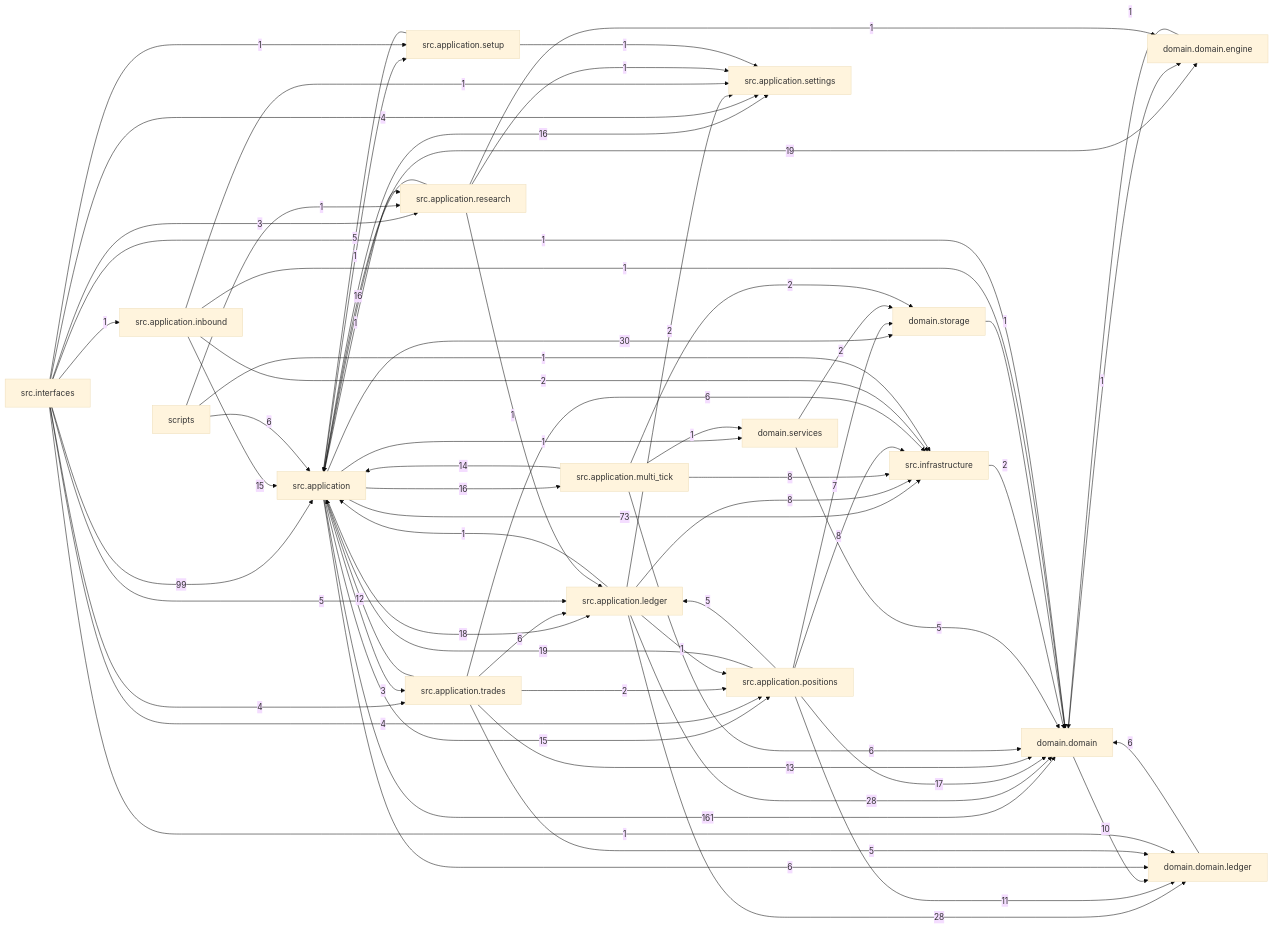
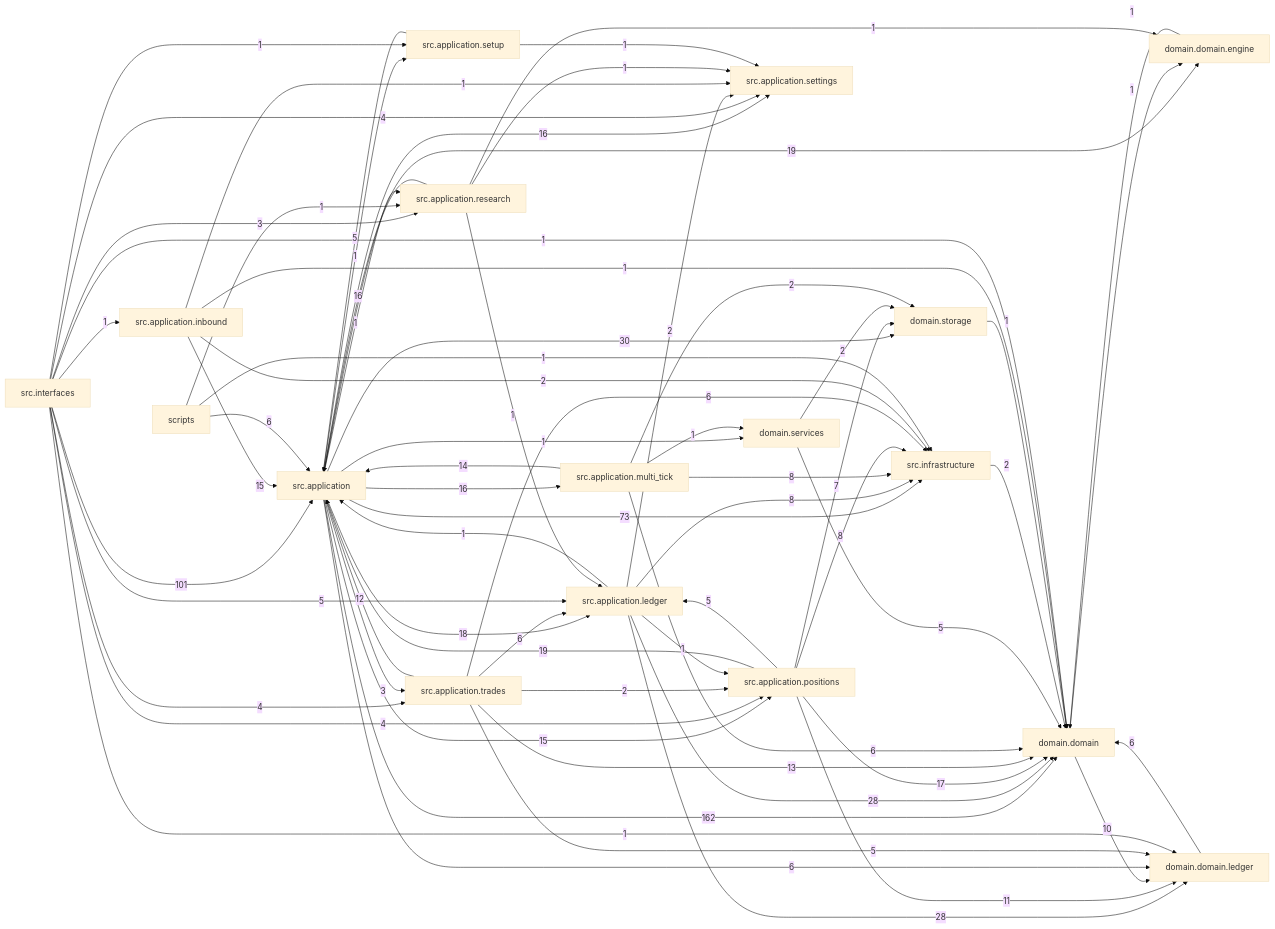
Before and after one commit to liuxie066/options-monitor: the diagram in docs/dependency_graph.mmd, drawn with Mermaid (base theme). The commit also changed 20 other files, not shown here.

```diff
--- a/docs/dependency_graph.mmd
+++ b/docs/dependency_graph.mmd
@@ -1,68 +1,68 @@
 flowchart LR
-  src_application["src.application"] -->|161| domain_domain["domain.domain"]
-  src_interfaces["src.interfaces"] -->|99| src_application["src.application"]
+  src_application["src.application"] -->|162| domain_domain["domain.domain"]
+  src_interfaces["src.interfaces"] -->|101| src_application["src.application"]
   src_application["src.application"] -->|73| src_infrastructure["src.infrastructure"]
   src_application["src.application"] -->|30| domain_storage["domain.storage"]
   src_application_ledger["src.application.ledger"] -->|28| domain_domain["domain.domain"]
   src_application_ledger["src.application.ledger"] -->|28| domain_domain_ledger["domain.domain.ledger"]
   src_application["src.application"] -->|19| domain_domain_engine["domain.domain.engine"]
   src_application_positions["src.application.positions"] -->|19| src_application["src.application"]
   src_application["src.application"] -->|18| src_application_ledger["src.application.ledger"]
   src_application_positions["src.application.positions"] -->|17| domain_domain["domain.domain"]
   src_application["src.application"] -->|16| src_application_multi_tick["src.application.multi_tick"]
   src_application["src.application"] -->|16| src_application_settings["src.application.settings"]
   src_application_research["src.application.research"] -->|16| src_application["src.application"]
   src_application["src.application"] -->|15| src_application_positions["src.application.positions"]
   src_application_inbound["src.application.inbound"] -->|15| src_application["src.application"]
   src_application_multi_tick["src.application.multi_tick"] -->|14| src_application["src.application"]
   src_application_trades["src.application.trades"] -->|13| domain_domain["domain.domain"]
   src_application_trades["src.application.trades"] -->|12| src_application["src.application"]
   src_application_positions["src.application.positions"] -->|11| domain_domain_ledger["domain.domain.ledger"]
   domain_domain["domain.domain"] -->|10| domain_domain_ledger["domain.domain.ledger"]
   src_application_ledger["src.application.ledger"] -->|8| src_infrastructure["src.infrastructure"]
   src_application_multi_tick["src.application.multi_tick"] -->|8| src_infrastructure["src.infrastructure"]
   src_application_positions["src.application.positions"] -->|8| src_infrastructure["src.infrastructure"]
   src_application_positions["src.application.positions"] -->|7| domain_storage["domain.storage"]
   domain_domain_ledger["domain.domain.ledger"] -->|6| domain_domain["domain.domain"]
   scripts["scripts"] -->|6| src_application["src.application"]
   src_application["src.application"] -->|6| domain_domain_ledger["domain.domain.ledger"]
   src_application_multi_tick["src.application.multi_tick"] -->|6| domain_domain["domain.domain"]
   src_application_trades["src.application.trades"] -->|6| src_application_ledger["src.application.ledger"]
   src_application_trades["src.application.trades"] -->|6| src_infrastructure["src.infrastructure"]
   domain_services["domain.services"] -->|5| domain_domain["domain.domain"]
   src_application_positions["src.application.positions"] -->|5| src_application_ledger["src.application.ledger"]
   src_application_setup["src.application.setup"] -->|5| src_application["src.application"]
   src_application_trades["src.application.trades"] -->|5| domain_domain_ledger["domain.domain.ledger"]
   src_interfaces["src.interfaces"] -->|5| src_application_ledger["src.application.ledger"]
   src_interfaces["src.interfaces"] -->|4| src_application_positions["src.application.positions"]
   src_interfaces["src.interfaces"] -->|4| src_application_settings["src.application.settings"]
   src_interfaces["src.interfaces"] -->|4| src_application_trades["src.application.trades"]
   src_application["src.application"] -->|3| src_application_trades["src.application.trades"]
   src_interfaces["src.interfaces"] -->|3| src_application_research["src.application.research"]
   domain_services["domain.services"] -->|2| domain_storage["domain.storage"]
   src_application_inbound["src.application.inbound"] -->|2| src_infrastructure["src.infrastructure"]
   src_application_ledger["src.application.ledger"] -->|2| src_application_settings["src.application.settings"]
   src_application_multi_tick["src.application.multi_tick"] -->|2| domain_storage["domain.storage"]
   src_application_trades["src.application.trades"] -->|2| src_application_positions["src.application.positions"]
   src_infrastructure["src.infrastructure"] -->|2| domain_domain["domain.domain"]
   domain_domain["domain.domain"] -->|1| domain_domain_engine["domain.domain.engine"]
   domain_domain_engine["domain.domain.engine"] -->|1| domain_domain["domain.domain"]
   domain_storage["domain.storage"] -->|1| domain_domain["domain.domain"]
   scripts["scripts"] -->|1| src_application_research["src.application.research"]
   scripts["scripts"] -->|1| src_infrastructure["src.infrastructure"]
   src_application["src.application"] -->|1| domain_services["domain.services"]
   src_application["src.application"] -->|1| src_application_research["src.application.research"]
   src_application["src.application"] -->|1| src_application_setup["src.application.setup"]
   src_application_inbound["src.application.inbound"] -->|1| domain_domain["domain.domain"]
   src_application_inbound["src.application.inbound"] -->|1| src_application_settings["src.application.settings"]
   src_application_ledger["src.application.ledger"] -->|1| src_application["src.application"]
   src_application_ledger["src.application.ledger"] -->|1| src_application_positions["src.application.positions"]
   src_application_multi_tick["src.application.multi_tick"] -->|1| domain_services["domain.services"]
   src_application_research["src.application.research"] -->|1| domain_domain_engine["domain.domain.engine"]
   src_application_research["src.application.research"] -->|1| src_application_ledger["src.application.ledger"]
   src_application_research["src.application.research"] -->|1| src_application_settings["src.application.settings"]
   src_application_setup["src.application.setup"] -->|1| src_application_settings["src.application.settings"]
   src_interfaces["src.interfaces"] -->|1| domain_domain["domain.domain"]
   src_interfaces["src.interfaces"] -->|1| domain_domain_ledger["domain.domain.ledger"]
   src_interfaces["src.interfaces"] -->|1| src_application_inbound["src.application.inbound"]
   src_interfaces["src.interfaces"] -->|1| src_application_setup["src.application.setup"]
```
